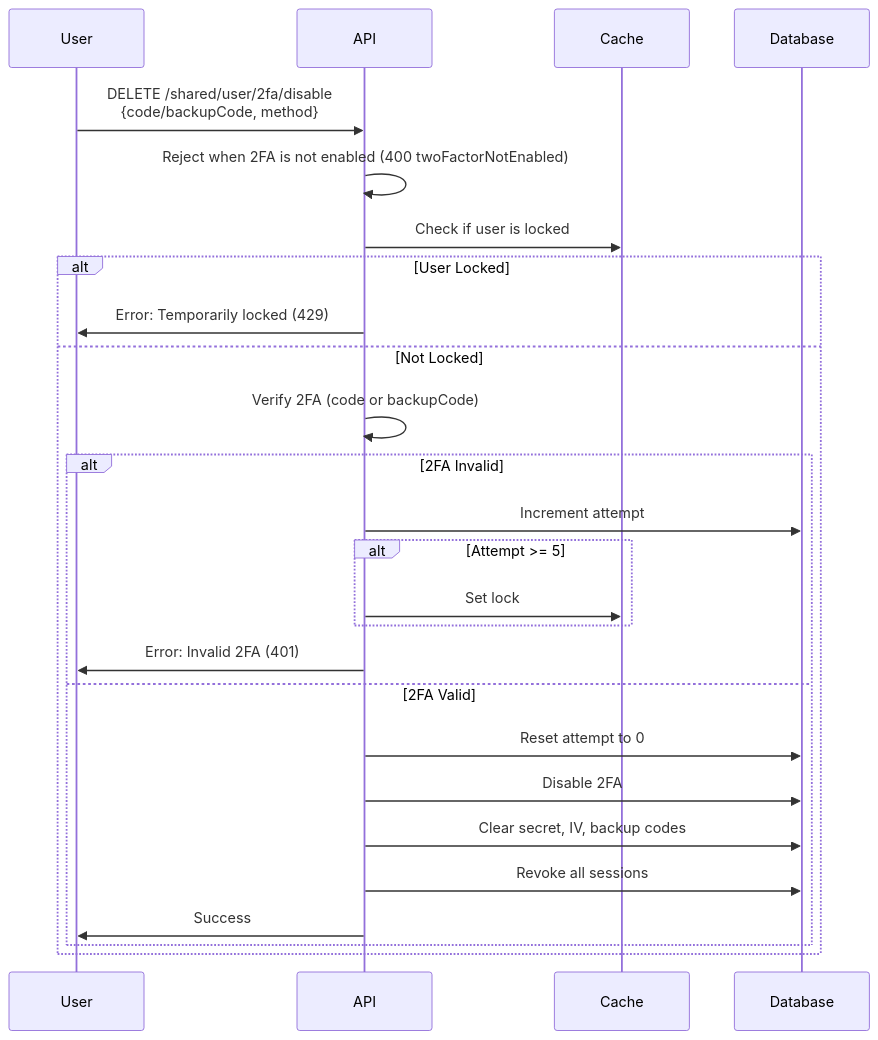
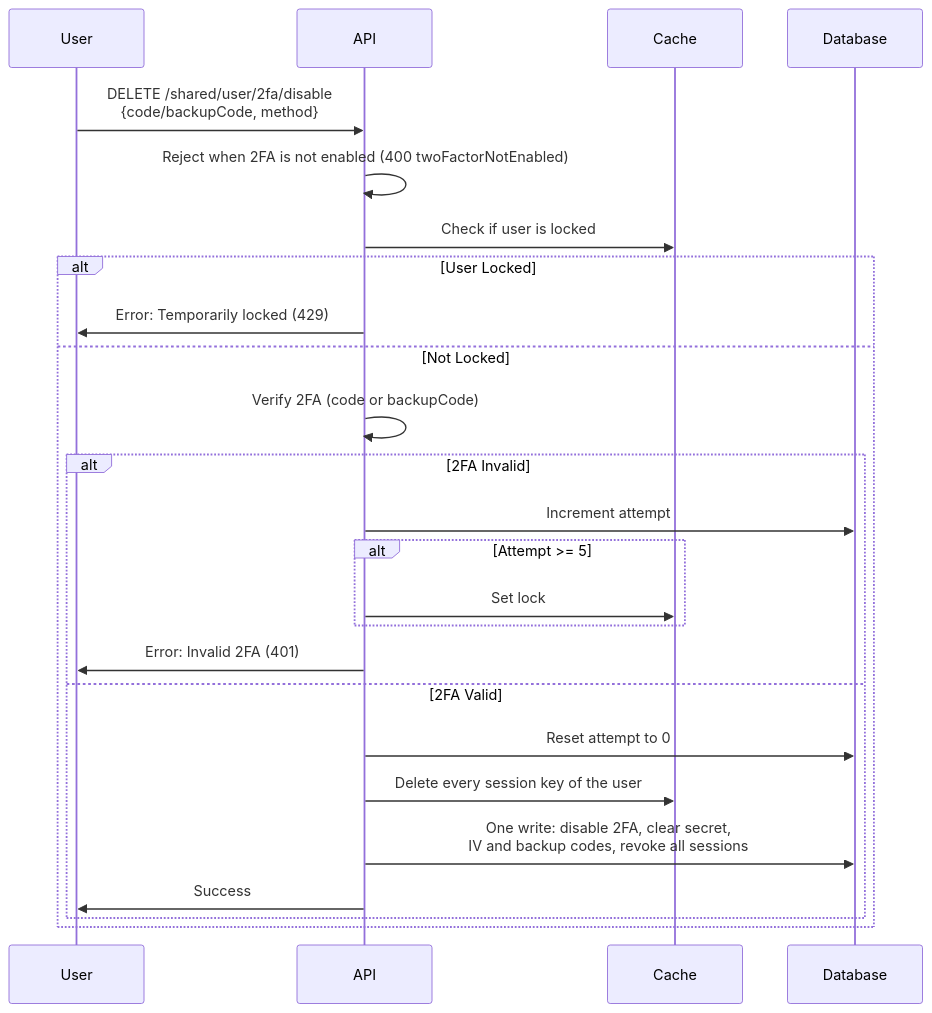
The ninth of 9 diagrams in docs/two-factor.md (andrechristikan/ack-nestjs-boilerplate), drawn with Mermaid before and after one commit. The commit also changed 24 other files, not shown here.

````diff
--- a/docs/two-factor.md
+++ b/docs/two-factor.md
@@ -492,29 +492,28 @@
 ```mermaid
 sequenceDiagram
     participant User
     participant API
     participant Cache
     participant Database
 
     User->>API: DELETE /shared/user/2fa/disable<br/>{code/backupCode, method}
     API->>API: Reject when 2FA is not enabled (400 twoFactorNotEnabled)
     API->>Cache: Check if user is locked
     alt User Locked
         API->>User: Error: Temporarily locked (429)
     else Not Locked
         API->>API: Verify 2FA (code or backupCode)
         alt 2FA Invalid
             API->>Database: Increment attempt
             alt Attempt >= 5
                 API->>Cache: Set lock
             end
             API->>User: Error: Invalid 2FA (401)
         else 2FA Valid
             API->>Database: Reset attempt to 0
-            API->>Database: Disable 2FA
-            API->>Database: Clear secret, IV, backup codes
-            API->>Database: Revoke all sessions
+            API->>Cache: Delete every session key of the user
+            API->>Database: One write: disable 2FA, clear secret,<br/>IV and backup codes, revoke all sessions
             API->>User: Success
         end
     end
 ```
````
